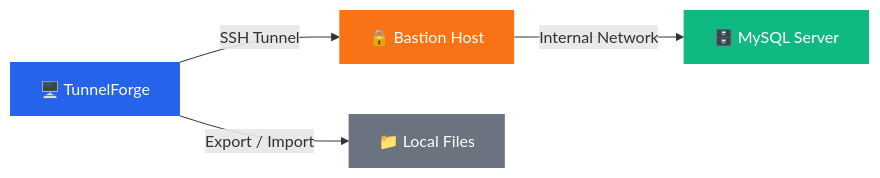
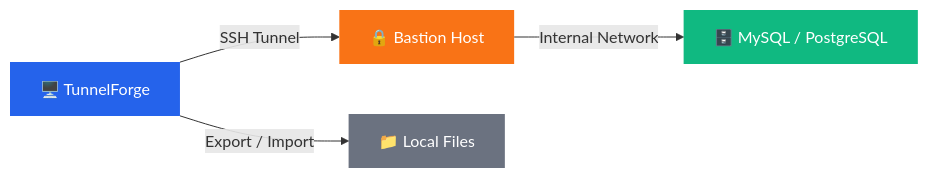
The diagram in README.md (sanghyun-io/tunnelforge), drawn with Mermaid before and after one commit. The commit also changed other lines of this file and 1 other file, not shown here.

````diff
--- a/README.md
+++ b/README.md
@@ -111,11 +128,11 @@
 ```mermaid
 graph LR
     A["🖥️ TunnelForge"] -->|SSH Tunnel| B["🔒 Bastion Host"]
-    B -->|Internal Network| C["🗄️ MySQL Server"]
+    B -->|Internal Network| C["🗄️ MySQL / PostgreSQL"]
     A -->|"Export / Import"| D["📁 Local Files"]
 
     style A fill:#2563EB,color:#fff,stroke:none
     style B fill:#F97316,color:#fff,stroke:none
     style C fill:#10B981,color:#fff,stroke:none
     style D fill:#6B7280,color:#fff,stroke:none
 ```
````
